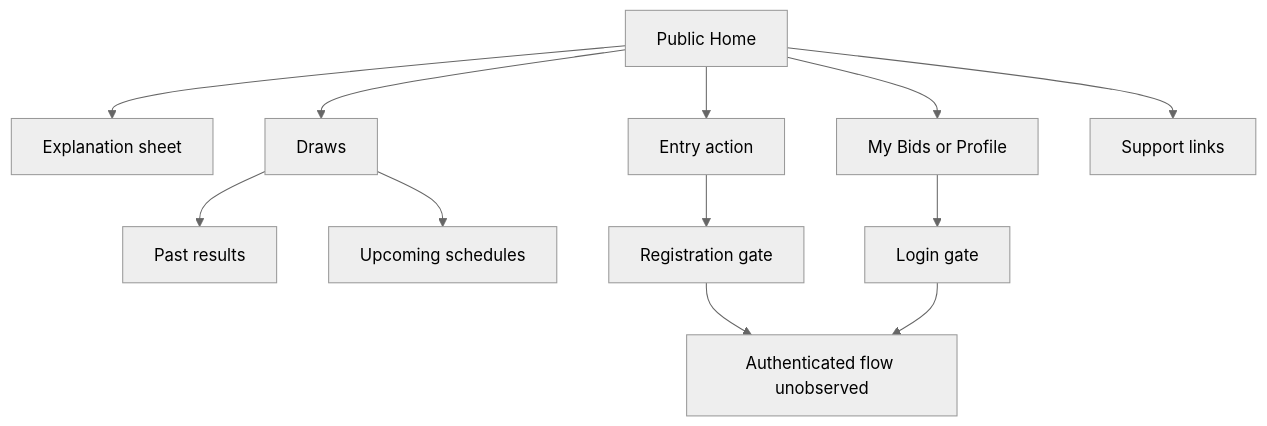
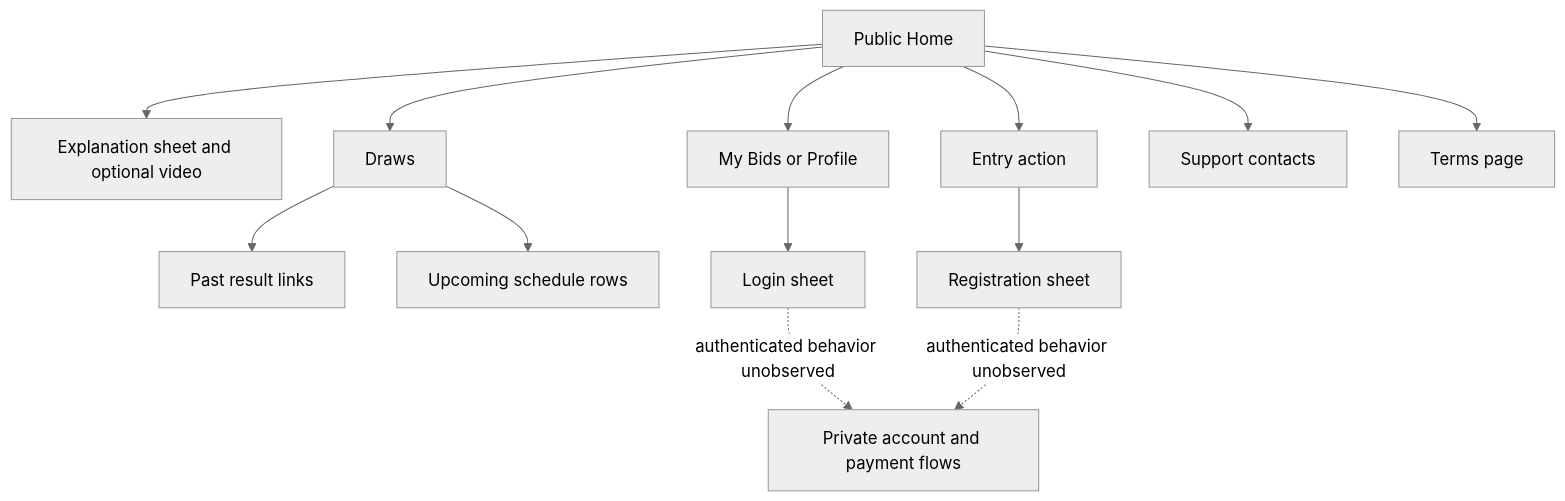
The diagram in docs/research/onebid-public-review.md (devbossmaster/lowwin), drawn with Mermaid (neutral theme) before and after one commit. The commit also changed other lines of this file, not shown here.

Commit message:
Condense public research evidence and retain verification limits

````diff
--- a/docs/research/onebid-public-review.md
+++ b/docs/research/onebid-public-review.md
@@ -37,14 +31,15 @@
 ```mermaid
 flowchart TD
-    Home[Public Home] --> Explain[Explanation sheet]
-    Home --> Draws[Draws]
-    Draws --> Past[Past results]
-    Draws --> Upcoming[Upcoming schedules]
-    Home --> Bid[Entry action]
-    Bid --> Register[Registration gate]
-    Home --> Private[My Bids or Profile]
-    Private --> Login[Login gate]
-    Register --> Unknown[Authenticated flow unobserved]
-    Login --> Unknown
-    Home --> Support[Support links]
+  H[Public Home] --> L[Explanation sheet and optional video]
+  H --> D[Draws]
+  D --> P[Past result links]
+  D --> U[Upcoming schedule rows]
+  H --> B[Entry action]
+  B --> R[Registration sheet]
+  H --> M[My Bids or Profile]
+  M --> A[Login sheet]
+  H --> S[Support contacts]
+  H --> T[Terms page]
+  A -. authenticated behavior unobserved .-> X[Private account and payment flows]
+  R -. authenticated behavior unobserved .-> X
 ```
````
